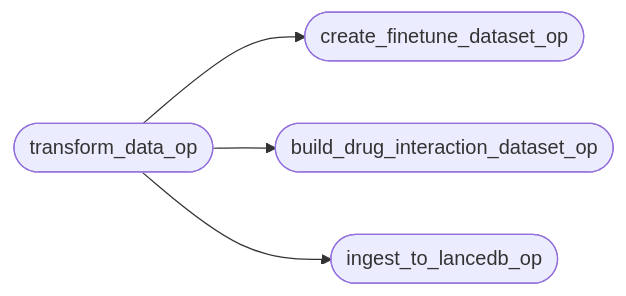
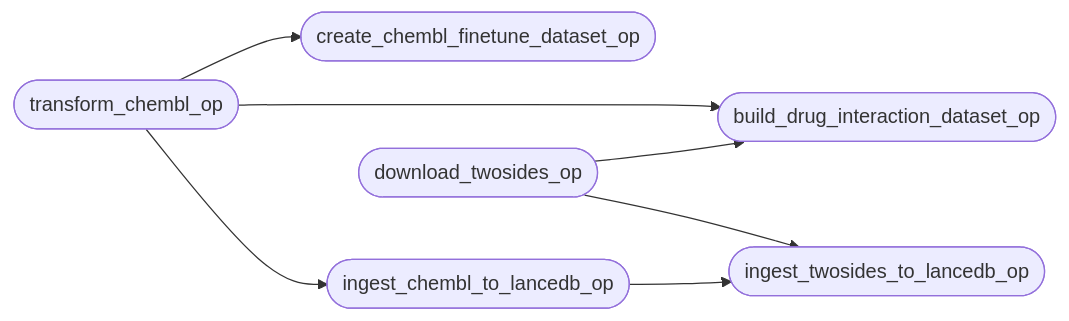
One commit to AymanSulaiman/chem_mlops changed the second of 4 diagrams in app/orchestration/README.md. Above: the diagram before and after it, drawn with Mermaid. The commit also changed other lines of this file and 19 other files, not shown here.

````diff
--- a/app/orchestration/README.md
+++ b/app/orchestration/README.md
@@ -67,6 +86,9 @@
 ```mermaid
 flowchart LR
-    B([transform_data_op]) --> C([create_finetune_dataset_op])
-    B --> D([build_drug_interaction_dataset_op])
-    B --> E([ingest_to_lancedb_op])
+    B([transform_chembl_op]) --> C([create_chembl_finetune_dataset_op])
+    B --> DDI([build_drug_interaction_dataset_op])
+    B --> E([ingest_chembl_to_lancedb_op])
+    S3([download_twosides_op]) --> DDI
+    E --> TW([ingest_twosides_to_lancedb_op])
+    S3 --> TW
 ```
````
